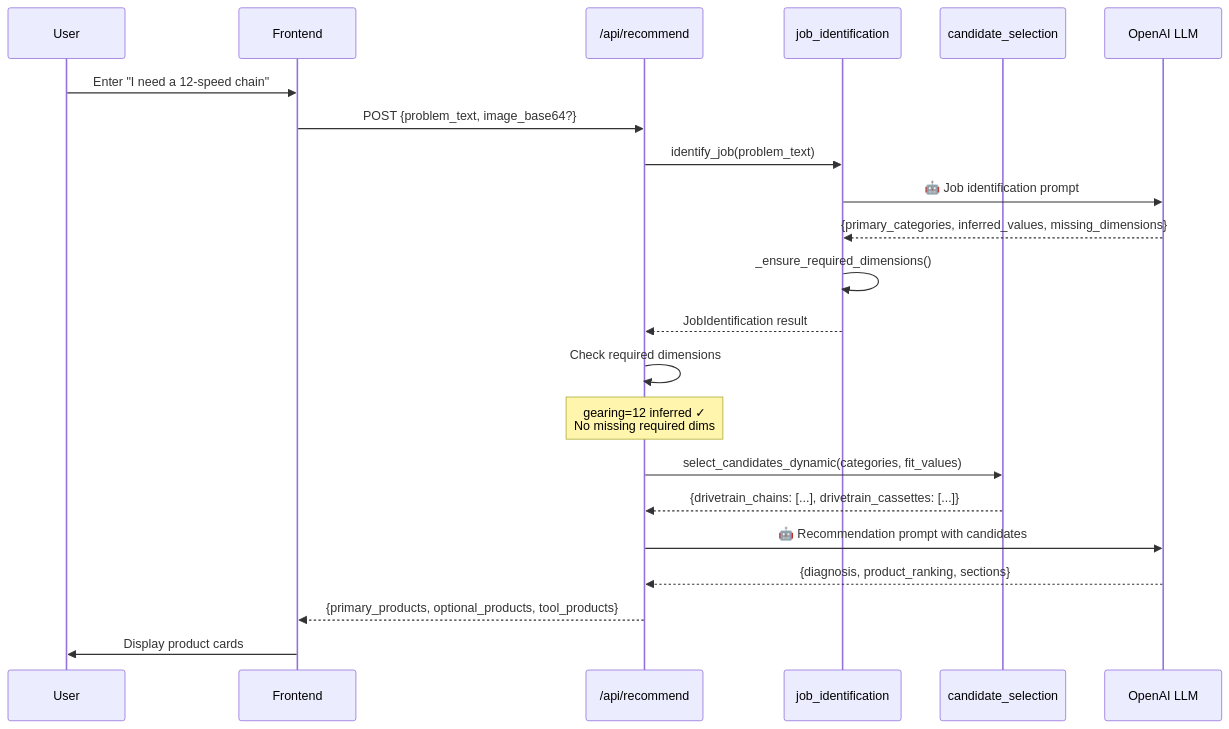
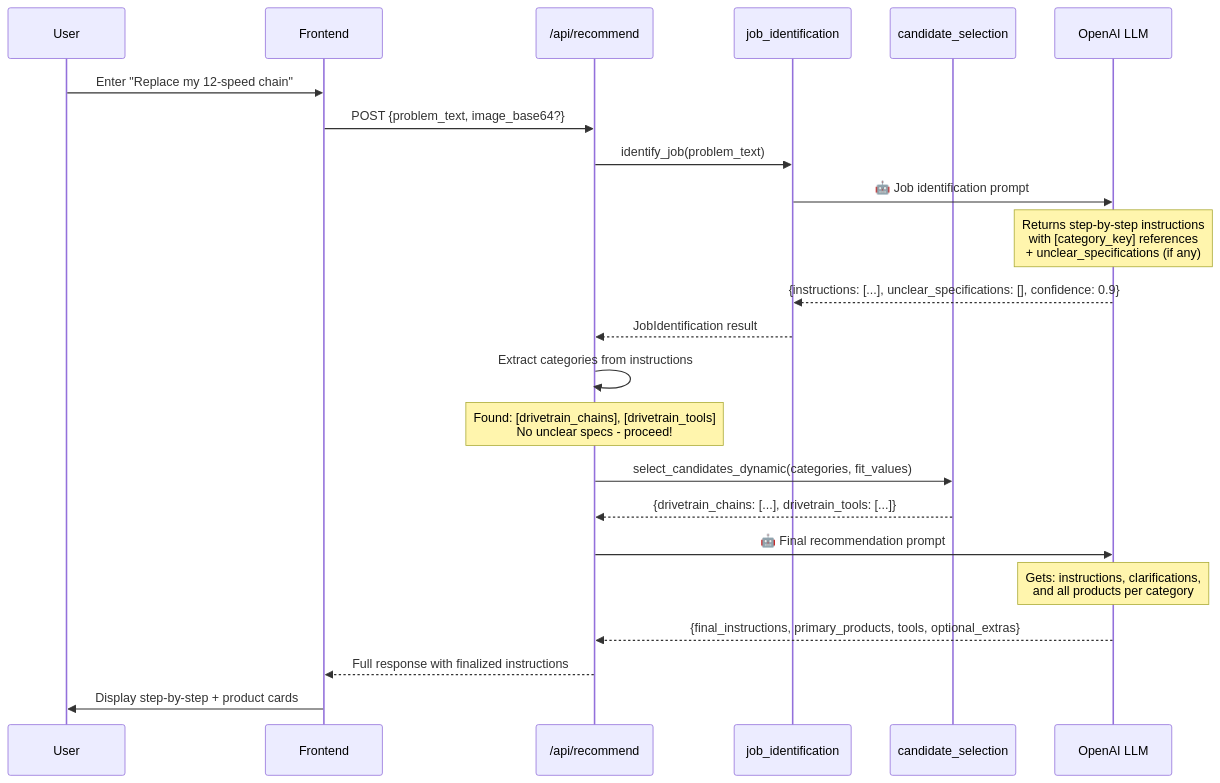
Before and after one commit to tim06927/Daiy: the second of 3 diagrams in web/FLOW.md, drawn with Mermaid. The commit also changed other lines of this file and 16 other files, not shown here.

Commit message:
LLM promots and user flow optimized for the generalized (non-drivetrain-specific) setup. Unit tests added.

````diff
--- a/web/FLOW.md
+++ b/web/FLOW.md
@@ -58,30 +52,31 @@
 ```mermaid
 sequenceDiagram
     participant U as User
     participant FE as Frontend
     participant API as /api/recommend
     participant JI as job_identification
     participant CS as candidate_selection
     participant LLM as OpenAI LLM
 
-    U->>FE: Enter "I need a 12-speed chain"
+    U->>FE: Enter "Replace my 12-speed chain"
     FE->>API: POST {problem_text, image_base64?}
     
     API->>JI: identify_job(problem_text)
     JI->>LLM: 🤖 Job identification prompt
-    LLM-->>JI: {primary_categories, inferred_values, missing_dimensions}
-    JI->>JI: _ensure_required_dimensions()
+    Note over LLM: Returns step-by-step instructions<br/>with [category_key] references<br/>+ unclear_specifications (if any)
+    LLM-->>JI: {instructions: [...], unclear_specifications: [], confidence: 0.9}
     JI-->>API: JobIdentification result
     
-    API->>API: Check required dimensions
-    Note over API: gearing=12 inferred ✓<br/>No missing required dims
+    API->>API: Extract categories from instructions
+    Note over API: Found: [drivetrain_chains], [drivetrain_tools]<br/>No unclear specs - proceed!
     
     API->>CS: select_candidates_dynamic(categories, fit_values)
-    CS-->>API: {drivetrain_chains: [...], drivetrain_cassettes: [...]}
+    CS-->>API: {drivetrain_chains: [...], drivetrain_tools: [...]}
     
-    API->>LLM: 🤖 Recommendation prompt with candidates
-    LLM-->>API: {diagnosis, product_ranking, sections}
+    API->>LLM: 🤖 Final recommendation prompt
+    Note over LLM: Gets: instructions, clarifications,<br/>and all products per category
+    LLM-->>API: {final_instructions, primary_products, tools, optional_extras}
     
-    API-->>FE: {primary_products, optional_products, tool_products}
-    FE->>U: Display product cards
+    API-->>FE: Full response with finalized instructions
+    FE->>U: Display step-by-step + product cards
 ```
````
